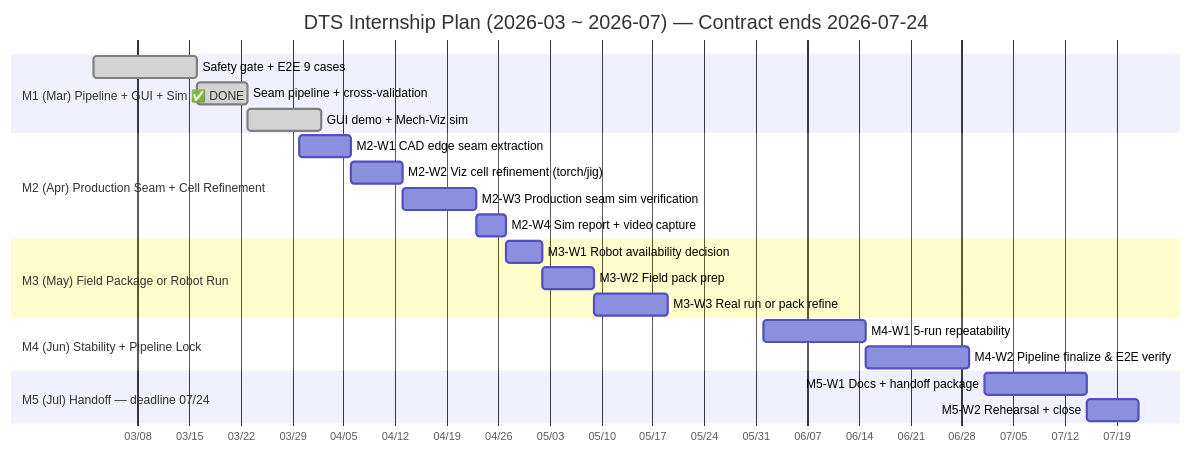
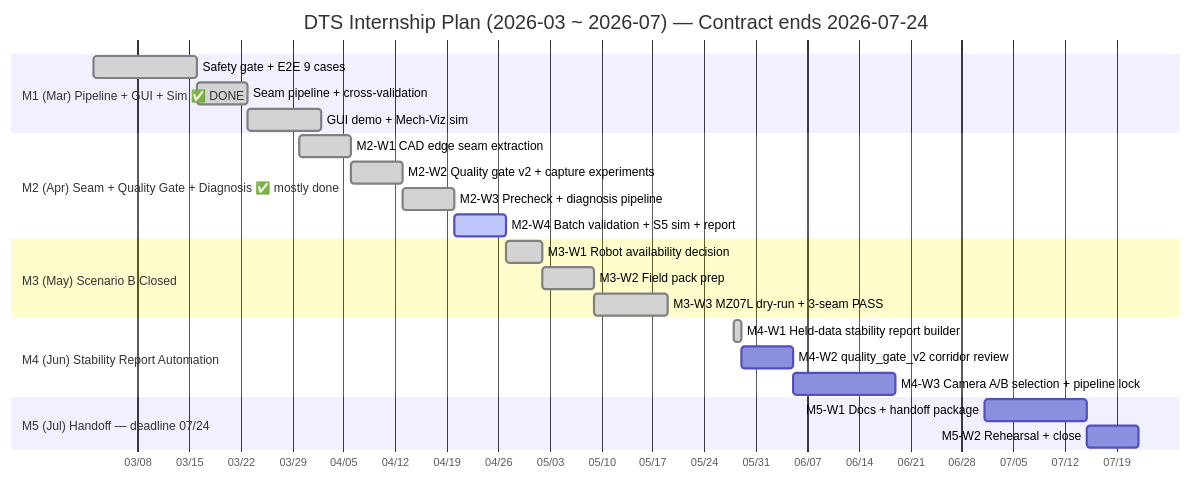
Before and after one commit to zzonge0730/DTS_share: the diagram in docs/MILESTONES.md, drawn with Mermaid. The commit also changed other lines of this file and 2 other files, not shown here.

First line of the commit message:
docs: 5/28 sync — stability report + M3/M4 scope updates

````diff
--- a/docs/MILESTONES.md
+++ b/docs/MILESTONES.md
@@ -38,30 +38,31 @@
 ```mermaid
 gantt
     title DTS Internship Plan (2026-03 ~ 2026-07) — Contract ends 2026-07-24
     dateFormat  YYYY-MM-DD
     axisFormat  %m/%d
 
     section M1 (Mar) Pipeline + GUI + Sim ✅ DONE
     Safety gate + E2E 9 cases                     :done, a1, 2026-03-02, 14d
     Seam pipeline + cross-validation              :done, a2, after a1, 7d
     GUI demo + Mech-Viz sim                       :done, a3, after a2, 10d
 
-    section M2 (Apr) Production Seam + Cell Refinement
-    M2-W1 CAD edge seam extraction                :b1, 2026-03-30, 7d
-    M2-W2 Viz cell refinement (torch/jig)         :b2, after b1, 7d
-    M2-W3 Production seam sim verification        :b3, after b2, 10d
-    M2-W4 Sim report + video capture              :b4, after b3, 4d
+    section M2 (Apr) Seam + Quality Gate + Diagnosis ✅ mostly done
+    M2-W1 CAD edge seam extraction                :done, b1, 2026-03-30, 7d
+    M2-W2 Quality gate v2 + capture experiments   :done, b2, after b1, 7d
+    M2-W3 Precheck + diagnosis pipeline           :done, b3, after b2, 7d
+    M2-W4 Batch validation + S5 sim + report      :active, b4, after b3, 7d
 
-    section M3 (May) Field Package or Robot Run
-    M3-W1 Robot availability decision             :c1, 2026-04-27, 5d
-    M3-W2 Field pack prep                         :c2, after c1, 7d
-    M3-W3 Real run or pack refine                 :c3, after c2, 10d
+    section M3 (May) Scenario B Closed
+    M3-W1 Robot availability decision             :done, c1, 2026-04-27, 5d
+    M3-W2 Field pack prep                         :done, c2, after c1, 7d
+    M3-W3 MZ07L dry-run + 3-seam PASS             :done, c3, after c2, 10d
 
-    section M4 (Jun) Stability + Pipeline Lock
-    M4-W1 5-run repeatability                     :d1, 2026-06-01, 14d
-    M4-W2 Pipeline finalize & E2E verify          :d2, after d1, 14d
+    section M4 (Jun) Stability Report Automation
+    M4-W1 Held-data stability report builder      :done, d1, 2026-05-28, 1d
+    M4-W2 quality_gate_v2 corridor review         :d2, after d1, 7d
+    M4-W3 Camera A/B selection + pipeline lock    :d3, after d2, 14d
 
     section M5 (Jul) Handoff — deadline 07/24
     M5-W1 Docs + handoff package                  :e1, 2026-07-01, 14d
     M5-W2 Rehearsal + close                       :e2, after e1, 7d
 ```
````
